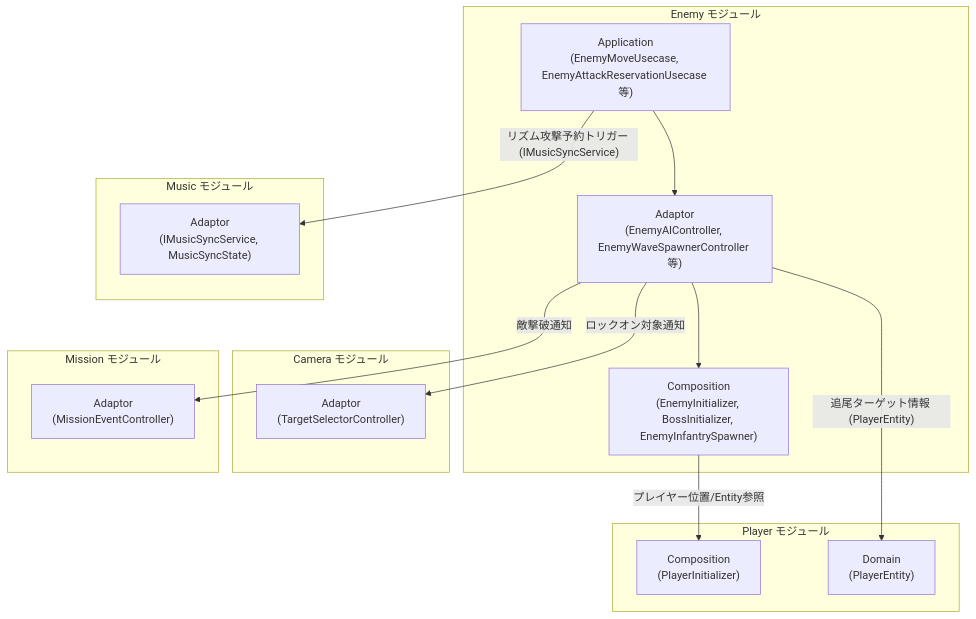
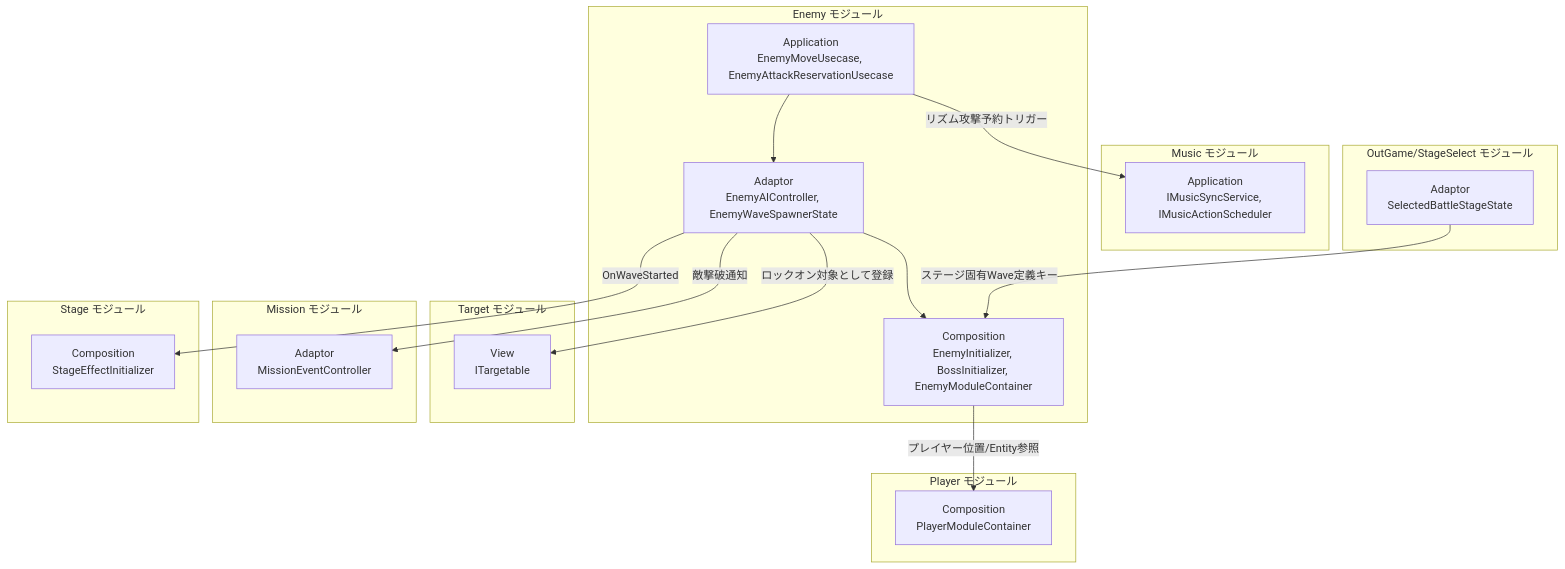
One commit to HIBIKI5201/SymphonyKillChord changed the first of 4 diagrams in Assets/Docs/ScriptsDocs/Modules/NotionModuleDocs/Enemy.md. Above: the diagram before and after it, drawn with Mermaid. The commit also changed other lines of this file and 60 other files, not shown here.

````diff
--- a/Assets/Docs/ScriptsDocs/Modules/NotionModuleDocs/Enemy.md
+++ b/Assets/Docs/ScriptsDocs/Modules/NotionModuleDocs/Enemy.md
@@ -40,35 +53,43 @@
 ```mermaid
 graph TD
     %% 定義 (接続のないレイヤーは省略)
     subgraph EnemyModule [Enemy モジュール]
-        E_App["Application\n(EnemyMoveUsecase, EnemyAttackReservationUsecase 等)"]
-        E_Adaptor["Adaptor\n(EnemyAIController, EnemyWaveSpawnerController 等)"]
-        E_Composition["Composition\n(EnemyInitializer, BossInitializer, EnemyInfantrySpawner)"]
+        E_App["Application<br>EnemyMoveUsecase, EnemyAttackReservationUsecase"]
+        E_Adaptor["Adaptor<br>EnemyAIController, EnemyWaveSpawnerState"]
+        E_Composition["Composition<br>EnemyInitializer, BossInitializer, EnemyModuleContainer"]
         E_App --> E_Adaptor
         E_Adaptor --> E_Composition
     end
 
     subgraph PlayerModule [Player モジュール]
-        P_Composition["Composition\n(PlayerInitializer)"]
-        P_Domain["Domain\n(PlayerEntity)"]
+        P_Composition["Composition<br>PlayerModuleContainer"]
     end
 
     subgraph MusicModule [Music モジュール]
-        M_Adaptor["Adaptor\n(IMusicSyncService, MusicSyncState)"]
+        M_App["Application<br>IMusicSyncService, IMusicActionScheduler"]
     end
 
-    subgraph CameraModule [Camera モジュール]
-        C_Adaptor["Adaptor\n(TargetSelectorController)"]
+    subgraph TargetModule [Target モジュール]
+        T_View["View<br>ITargetable"]
+    end
+
+    subgraph StageSelectModule [OutGame/StageSelect モジュール]
+        SS_Adaptor["Adaptor<br>SelectedBattleStageState"]
     end
 
     subgraph MissionModule [Mission モジュール]
-        MS_Adaptor["Adaptor\n(MissionEventController)"]
+        MS_Adaptor["Adaptor<br>MissionEventController"]
+    end
+
+    subgraph StageModule [Stage モジュール]
+        ST_Composition["Composition<br>StageEffectInitializer"]
     end
 
     %% 依存関係
     E_Composition -->|"プレイヤー位置/Entity参照"| P_Composition
-    E_Adaptor -->|"追尾ターゲット情報 (PlayerEntity)"| P_Domain
-    E_App -->|"リズム攻撃予約トリガー (IMusicSyncService)"| M_Adaptor
-    E_Adaptor -->|"ロックオン対象通知"| C_Adaptor
+    E_App -->|"リズム攻撃予約トリガー"| M_App
+    E_Adaptor -->|"ロックオン対象として登録"| T_View
+    SS_Adaptor -->|"ステージ固有Wave定義キー"| E_Composition
     E_Adaptor -->|"敵撃破通知"| MS_Adaptor
+    E_Adaptor -->|"OnWaveStarted"| ST_Composition
 ```
````
